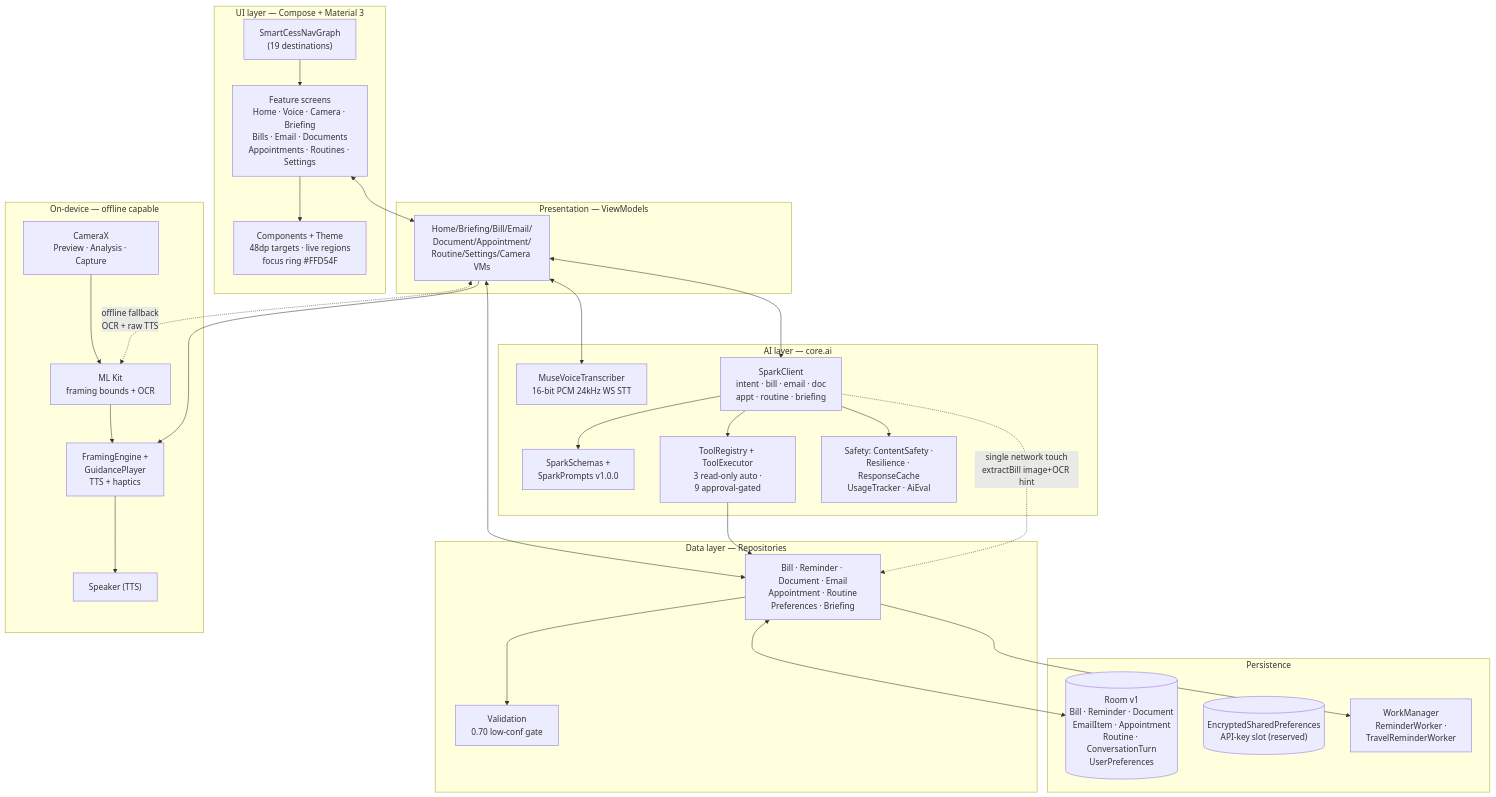
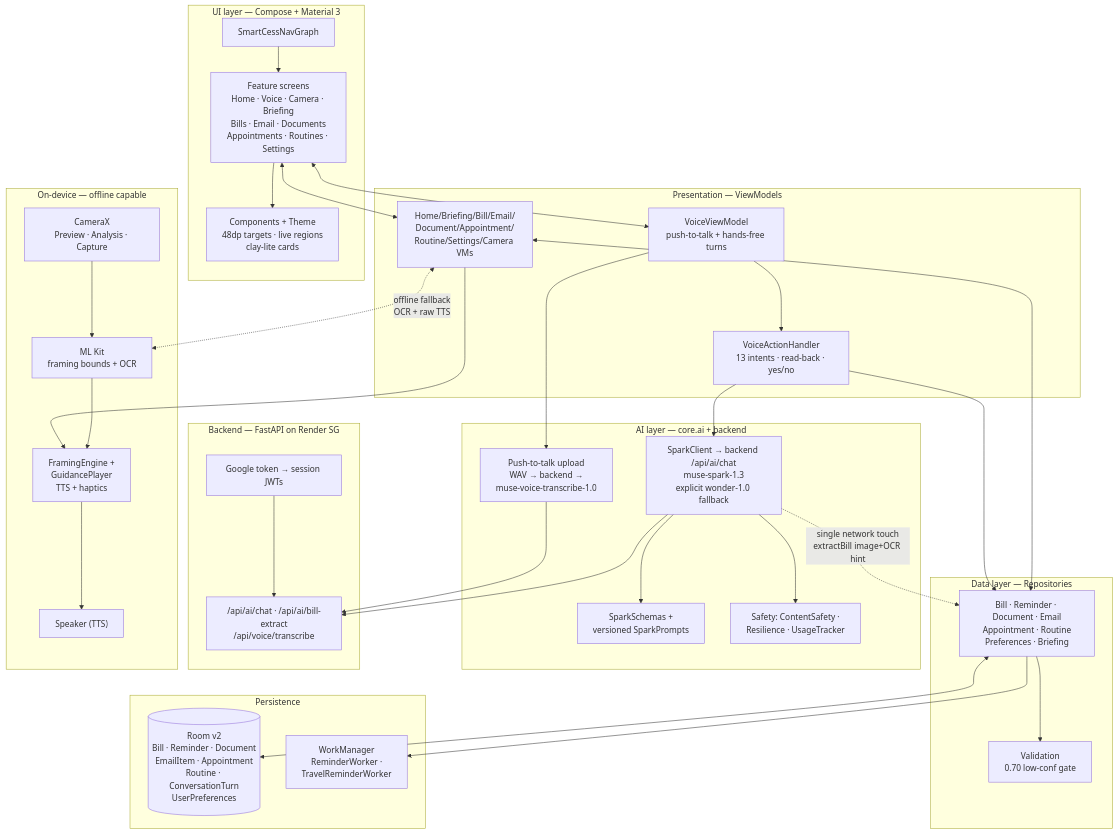
One commit to mauricealam/SmartCess changed the diagram in ARCHITECTURE.md. Above: the diagram before and after it, drawn with Mermaid. The commit also changed other lines of this file and 7 other files, not shown here.

````diff
--- a/ARCHITECTURE.md
+++ b/ARCHITECTURE.md
@@ -10,58 +11,67 @@
 ```mermaid
 flowchart TB
     subgraph UI["UI layer — Compose + Material 3"]
-        NAV["SmartCessNavGraph<br/>(19 destinations)"]
+        NAV["SmartCessNavGraph"]
         SCR["Feature screens<br/>Home · Voice · Camera · Briefing<br/>Bills · Email · Documents<br/>Appointments · Routines · Settings"]
-        CMP["Components + Theme<br/>48dp targets · live regions<br/>focus ring #FFD54F"]
+        CMP["Components + Theme<br/>48dp targets · live regions<br/>clay-lite cards"]
         SCR --> CMP
         NAV --> SCR
     end
 
     subgraph VM["Presentation — ViewModels"]
         HVM["Home/Briefing/Bill/Email/<br/>Document/Appointment/<br/>Routine/Settings/Camera VMs"]
+        VVM["VoiceViewModel<br/>push-to-talk + hands-free turns"]
+        ACT["VoiceActionHandler<br/>13 intents · read-back · yes/no"]
+        VVM --> ACT
     end
 
     subgraph DATA["Data layer — Repositories"]
         REPO["Bill · Reminder · Document · Email<br/>Appointment · Routine<br/>Preferences · Briefing"]
         VAL["Validation<br/>0.70 low-conf gate"]
         REPO --> VAL
     end
 
-    subgraph AI["AI layer — core.ai"]
-        STT["MuseVoiceTranscriber<br/>16-bit PCM 24kHz WS STT"]
-        SPK["SparkClient<br/>intent · bill · email · doc<br/>appt · routine · briefing"]
-        SCH["SparkSchemas +<br/>SparkPrompts v1.0.0"]
-        TLS["ToolRegistry + ToolExecutor<br/>3 read-only auto ·<br/>9 approval-gated"]
-        SFE["Safety: ContentSafety ·<br/>Resilience · ResponseCache<br/>UsageTracker · AiEval"]
+    subgraph AI["AI layer — core.ai + backend"]
+        STT["Push-to-talk upload<br/>WAV → backend →<br/>muse-voice-transcribe-1.0"]
+        SPK["SparkClient → backend /api/ai/chat<br/>muse-spark-1.3<br/>explicit wonder-1.0 fallback"]
+        SCH["SparkSchemas +<br/>versioned SparkPrompts"]
+        SFE["Safety: ContentSafety ·<br/>Resilience · UsageTracker"]
         SPK --> SCH
-        SPK --> TLS
         SPK --> SFE
+    end
+
+    subgraph BACK["Backend — FastAPI on Render SG"]
+        AUTH["Google token → session JWTs"]
+        PROXY["/api/ai/chat · /api/ai/bill-extract<br/>/api/voice/transcribe"]
+        AUTH --> PROXY
     end
 
     subgraph DEV["On-device — offline capable"]
         MLK["ML Kit<br/>framing bounds + OCR"]
         FRM["FramingEngine +<br/>GuidancePlayer<br/>TTS + haptics"]
         CAM["CameraX<br/>Preview · Analysis · Capture"]
         SPKR["Speaker (TTS)"]
         CAM --> MLK
         MLK --> FRM
         FRM --> SPKR
     end
 
     subgraph STORE["Persistence"]
-        ROOM[("Room v1<br/>Bill · Reminder · Document<br/>EmailItem · Appointment<br/>Routine · ConversationTurn<br/>UserPreferences")]
-        PREFS[("EncryptedSharedPreferences<br/>API-key slot (reserved)")]
+        ROOM[("Room v2<br/>Bill · Reminder · Document<br/>EmailItem · Appointment<br/>Routine · ConversationTurn<br/>UserPreferences")]
         WORK["WorkManager<br/>ReminderWorker ·<br/>TravelReminderWorker"]
     end
 
     SCR <--> HVM
+    SCR <--> VVM
     HVM <--> REPO
-    HVM <--> SPK
-    HVM <--> STT
+    ACT --> REPO
+    VVM --> STT
+    ACT --> SPK
     HVM --> FRM
+    SPK --> PROXY
+    STT --> PROXY
     REPO <--> ROOM
     REPO --> WORK
-    TLS --> REPO
     SPK -.->|single network touch<br/>extractBill image+OCR hint| REPO
     HVM <-.->|offline fallback<br/>OCR + raw TTS| MLK
 ```
````
